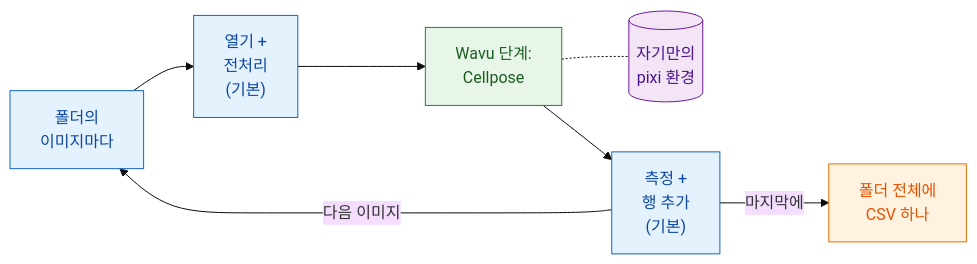
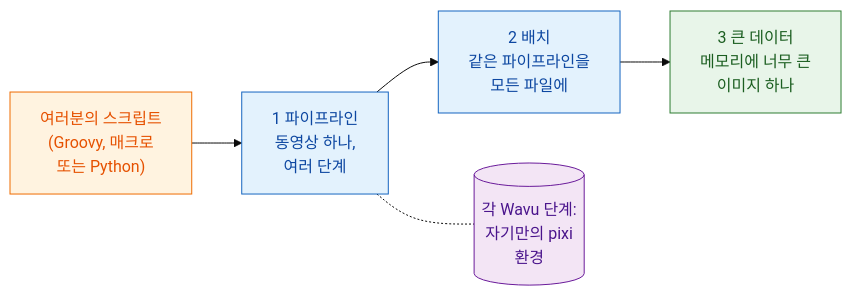
Before and after one commit to Oxford-Zeiss-Centre-of-Excellence/Wavu: the diagram in guide/workflows/index.ko.md, drawn with Mermaid (base theme). The commit also changed other lines of this file and 104 other files, not shown here.

````diff
--- a/guide/workflows/index.ko.md
+++ b/guide/workflows/index.ko.md
@@ -27,18 +45,15 @@
 ```mermaid
 flowchart LR
-    L["폴더의<br/>이미지마다"]:::fiji
-    O["열기 +<br/>전처리<br/>(기본)"]:::fiji
-    W["Wavu 단계:<br/>Cellpose"]:::worker
-    E[("자기만의<br/>pixi 환경")]:::env
-    M["측정 +<br/>행 추가<br/>(기본)"]:::fiji
-    C["폴더 전체에<br/>CSV 하나"]:::script
-    L --> O --> W --> M
-    M -- "다음 이미지" --> L
-    W -.- E
-    M -- "마지막에" --> C
+    S["여러분의 스크립트<br/>(Groovy, 매크로<br/>또는 Python)"]:::script
+    P["1 파이프라인<br/>동영상 하나,<br/>여러 단계"]:::fiji
+    B["2 배치<br/>같은 파이프라인을<br/>모든 파일에"]:::fiji
+    L["3 큰 데이터<br/>메모리에 너무 큰<br/>이미지 하나"]:::worker
+    E[("각 Wavu 단계:<br/>자기만의 pixi<br/>환경")]:::env
+    S --> P --> B --> L
+    P -.- E
 
     classDef fiji   fill:#e3f2fd,stroke:#1565c0,color:#0d47a1
     classDef worker fill:#e8f5e9,stroke:#2e7d32,color:#1b5e20
     classDef script fill:#fff3e0,stroke:#ef6c00,color:#e65100
     classDef env    fill:#f3e5f5,stroke:#6a1b9a,color:#4a148c
 ```
````
